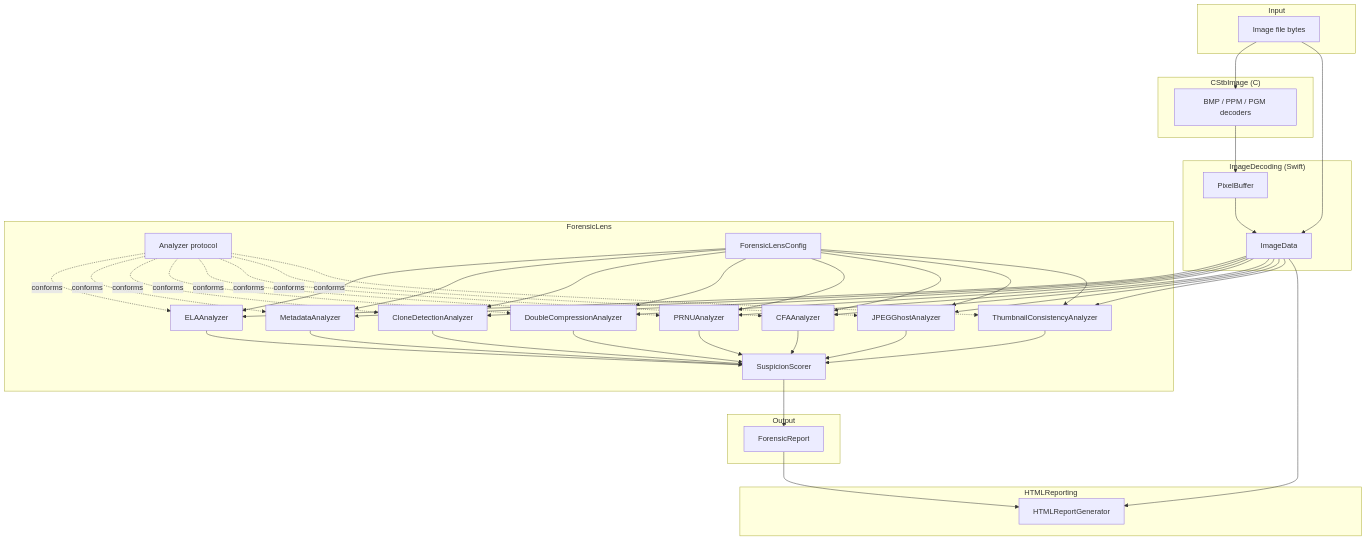
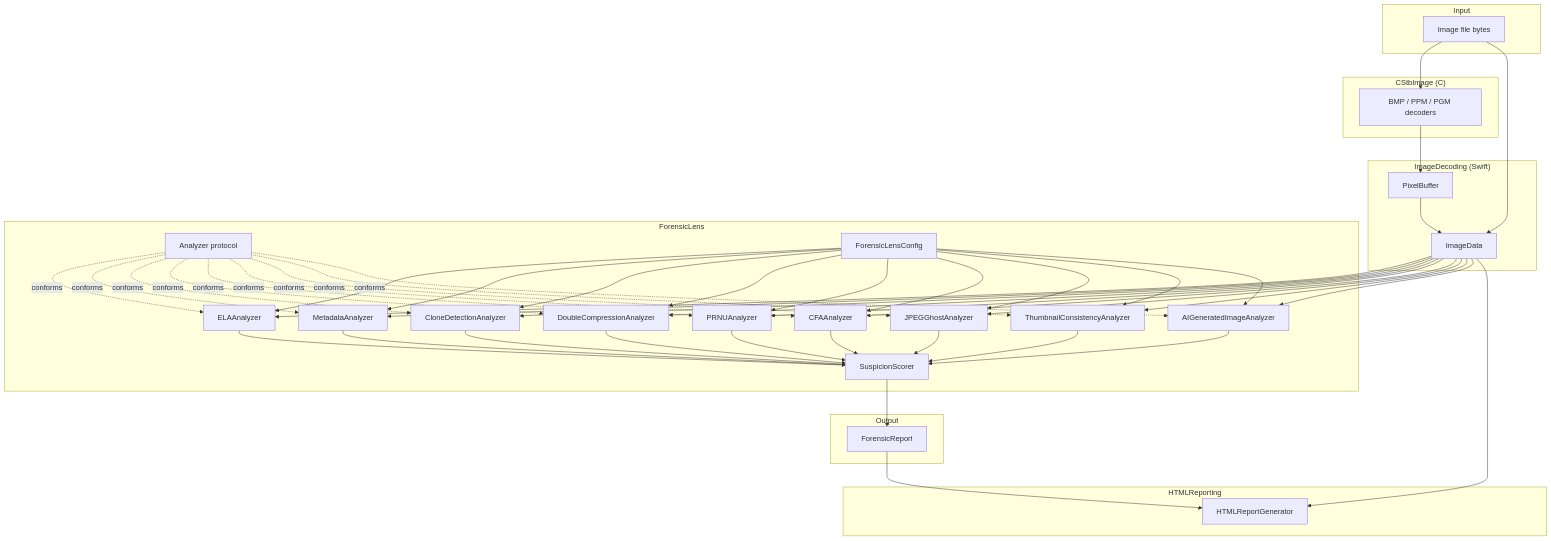
Before and after one commit to Deipedra34/ForensicLens: the diagram in README.md, drawn with Mermaid. The commit also changed other lines of this file, not shown here.

Commit message:
Add the AI-generated image check to the README overview, architecture diagram and feature table

````diff
--- a/README.md
+++ b/README.md
@@ -36,77 +40,82 @@
 ```mermaid
 flowchart TB
     subgraph Input
         File[Image file bytes]
     end
 
     subgraph CStbImage["CStbImage (C)"]
         Decode[BMP / PPM / PGM decoders]
     end
 
     subgraph ImageDecoding["ImageDecoding (Swift)"]
         PixelBuffer[PixelBuffer]
         ImageData[ImageData]
     end
 
     subgraph ForensicLens["ForensicLens"]
         Analyzer["Analyzer protocol"]
         ELA[ELAAnalyzer]
         Meta[MetadataAnalyzer]
         Clone[CloneDetectionAnalyzer]
         DoubleComp[DoubleCompressionAnalyzer]
         PRNU[PRNUAnalyzer]
         CFA[CFAAnalyzer]
         Ghost[JPEGGhostAnalyzer]
         Thumb[ThumbnailConsistencyAnalyzer]
+        AIGen[AIGeneratedImageAnalyzer]
         Scorer[SuspicionScorer]
         Config[ForensicLensConfig]
     end
 
     subgraph Output
         Report[ForensicReport]
     end
 
     subgraph HTMLReporting["HTMLReporting"]
         HTML[HTMLReportGenerator]
     end
 
     File --> Decode
     Decode --> PixelBuffer
     File --> ImageData
     PixelBuffer --> ImageData
     ImageData --> ELA
     ImageData --> Meta
     ImageData --> Clone
     ImageData --> DoubleComp
     ImageData --> PRNU
     ImageData --> CFA
     ImageData --> Ghost
     ImageData --> Thumb
+    ImageData --> AIGen
     Analyzer -.conforms.-> ELA
     Analyzer -.conforms.-> Meta
     Analyzer -.conforms.-> Clone
     Analyzer -.conforms.-> DoubleComp
     Analyzer -.conforms.-> PRNU
     Analyzer -.conforms.-> CFA
     Analyzer -.conforms.-> Ghost
     Analyzer -.conforms.-> Thumb
+    Analyzer -.conforms.-> AIGen
     Config --> ELA
     Config --> Meta
     Config --> Clone
     Config --> DoubleComp
     Config --> PRNU
     Config --> CFA
     Config --> Ghost
     Config --> Thumb
+    Config --> AIGen
     ELA --> Scorer
     Meta --> Scorer
     Clone --> Scorer
     DoubleComp --> Scorer
     PRNU --> Scorer
     CFA --> Scorer
     Ghost --> Scorer
     Thumb --> Scorer
+    AIGen --> Scorer
     Scorer --> Report
     Report --> HTML
     ImageData --> HTML
 ```
````
